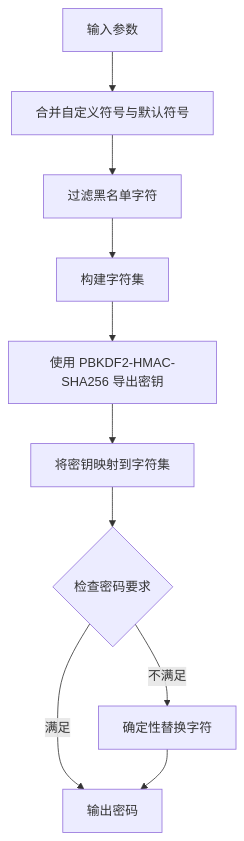
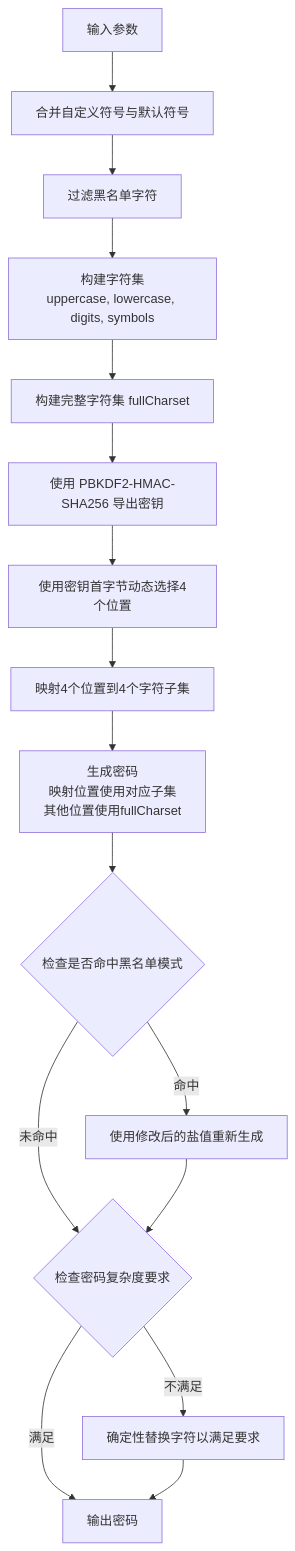
Before and after one commit to tallyblue123/scratch_tools: the diagram in gen_password_scratch/README.md, drawn with Mermaid.

Commit message:
Update algorithm flowchart in README to match actual implementation

````diff
--- a/gen_password_scratch/README.md
+++ b/gen_password_scratch/README.md
@@ -18,12 +18,18 @@
 ```mermaid
 flowchart TD
     A[输入参数] --> B[合并自定义符号与默认符号]
     B --> C[过滤黑名单字符]
-    C --> D[构建字符集]
-    D --> E[使用 PBKDF2-HMAC-SHA256 导出密钥]
-    E --> F[将密钥映射到字符集]
-    F --> G{检查密码要求}
-    G -->|不满足| H[确定性替换字符]
-    G -->|满足| I[输出密码]
-    H --> I
+    C --> D[构建字符集<br/>uppercase, lowercase, digits, symbols]
+    D --> E[构建完整字符集 fullCharset]
+    E --> F[使用 PBKDF2-HMAC-SHA256 导出密钥]
+    F --> G[使用密钥首字节动态选择4个位置]
+    G --> H[映射4个位置到4个字符子集]
+    H --> I[生成密码<br/>映射位置使用对应子集<br/>其他位置使用fullCharset]
+    I --> J{检查是否命中黑名单模式}
+    J -->|命中| K[使用修改后的盐值重新生成]
+    J -->|未命中| L{检查密码复杂度要求}
+    K --> L
+    L -->|不满足| M[确定性替换字符以满足要求]
+    L -->|满足| N[输出密码]
+    M --> N
 ```
````
